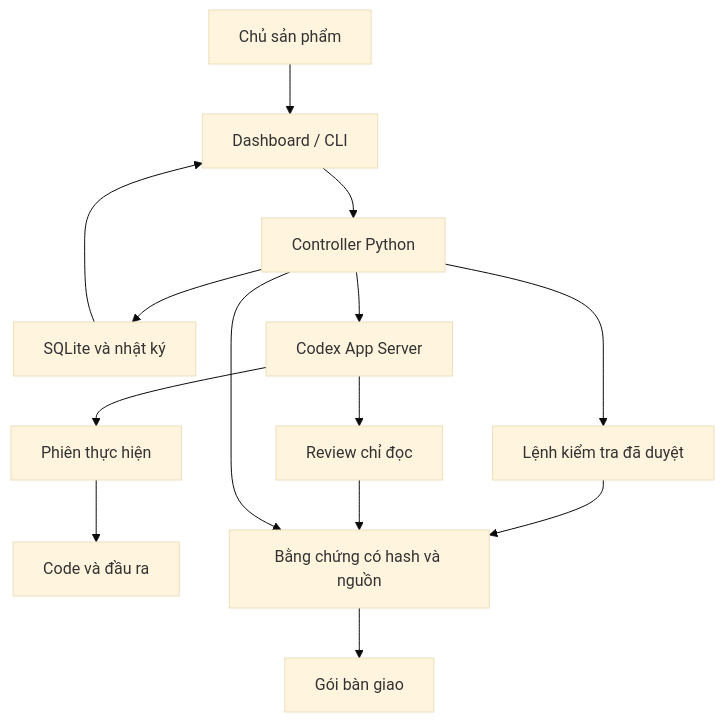
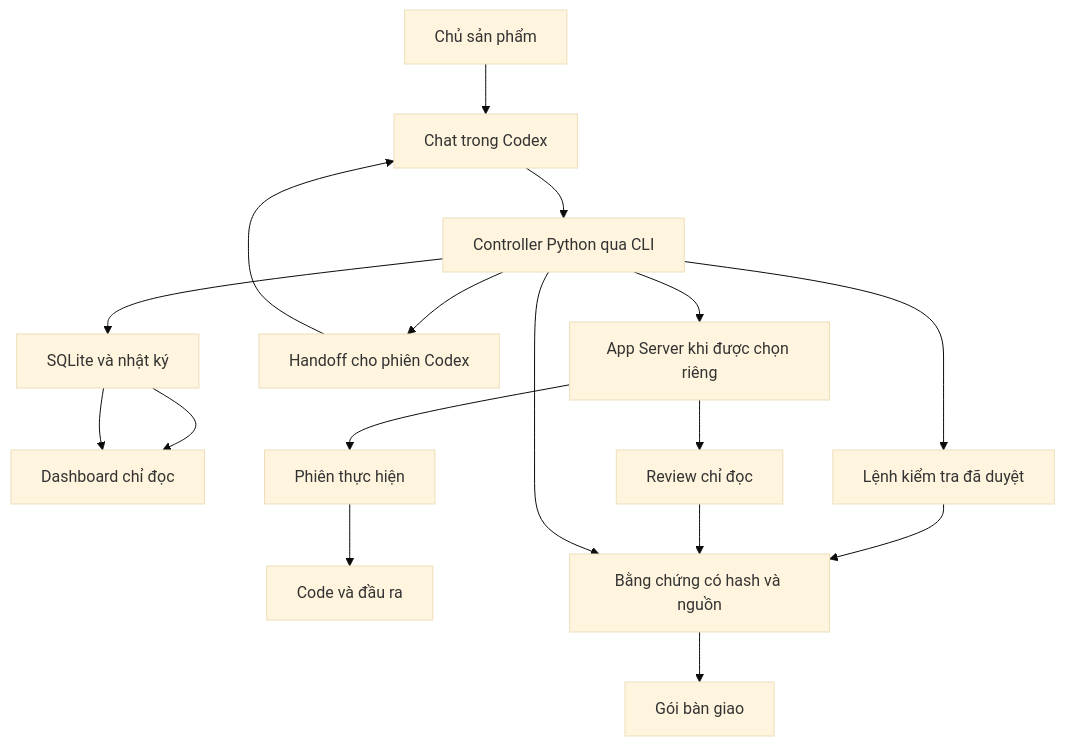
One commit to hpvdev/product-cycle changed the diagram in docs/ARCHITECTURE.md. Above: the diagram before and after it, drawn with Mermaid (base theme). The commit also changed other lines of this file and 32 other files, not shown here.

````diff
--- a/docs/ARCHITECTURE.md
+++ b/docs/ARCHITECTURE.md
@@ -3,16 +3,19 @@
 ```mermaid
 flowchart TB
- U[Chủ sản phẩm] --> UI[Dashboard / CLI]
- UI --> C[Controller Python]
+ U[Chủ sản phẩm] --> APP[Chat trong Codex]
+ APP --> C[Controller Python qua CLI]
+ DB --> UI[Dashboard chỉ đọc]
  C --> DB[SQLite và nhật ký]
- C --> AS[Codex App Server]
+ C --> N[Handoff cho phiên Codex]
+ N --> APP
+ C --> AS[App Server khi được chọn riêng]
  AS --> W[Phiên thực hiện]
  AS --> R[Review chỉ đọc]
  W --> P[Code và đầu ra]
  C --> CH[Lệnh kiểm tra đã duyệt]
  CH --> EV[Bằng chứng có hash và nguồn]
  R --> EV
  C --> EV
  DB --> UI
  EV --> PK[Gói bàn giao]
 ```
````
